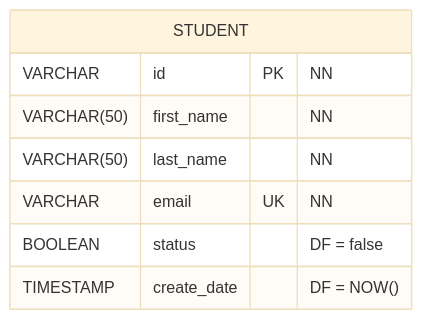
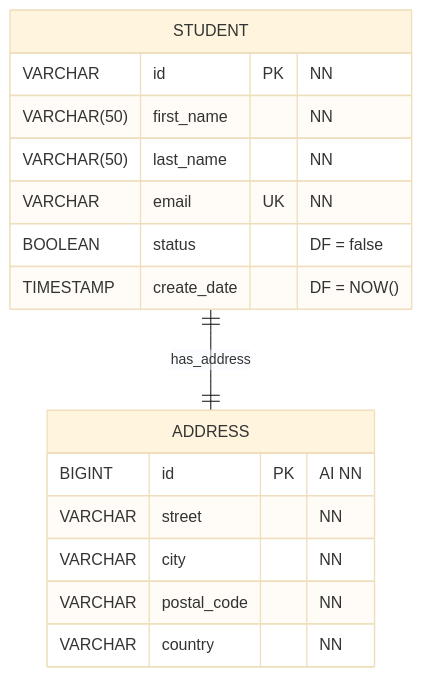
The diagram in Entity Relationship Diagram - Mermaid.md (SimonElbrink/G58-jpa_lecture), drawn with Mermaid (base theme) before and after one commit. The commit also changed 3 other files, not shown here.

Commit message:
Add `Address` entity and establish one-to-one relationship with `Student`. Update diagrams to reflect changes.

````diff
--- a/Entity Relationship Diagram - Mermaid.md
+++ b/Entity Relationship Diagram - Mermaid.md
@@ -1,14 +1,23 @@
 ```mermaid
 
 erDiagram
     STUDENT {
         VARCHAR id PK "NN"
         VARCHAR(50) first_name "NN"
         VARCHAR(50) last_name "NN"
         VARCHAR email UK "NN"
         BOOLEAN status "DF = false"
         TIMESTAMP create_date "DF = NOW()"
     }
 
+    ADDRESS {
+        BIGINT id PK "AI NN"
+        VARCHAR street "NN"
+        VARCHAR city "NN"
+        VARCHAR postal_code "NN"
+        VARCHAR country "NN"
+    }
 
+%% Relationships
+    STUDENT ||--|| ADDRESS: has_address
 ```
````
